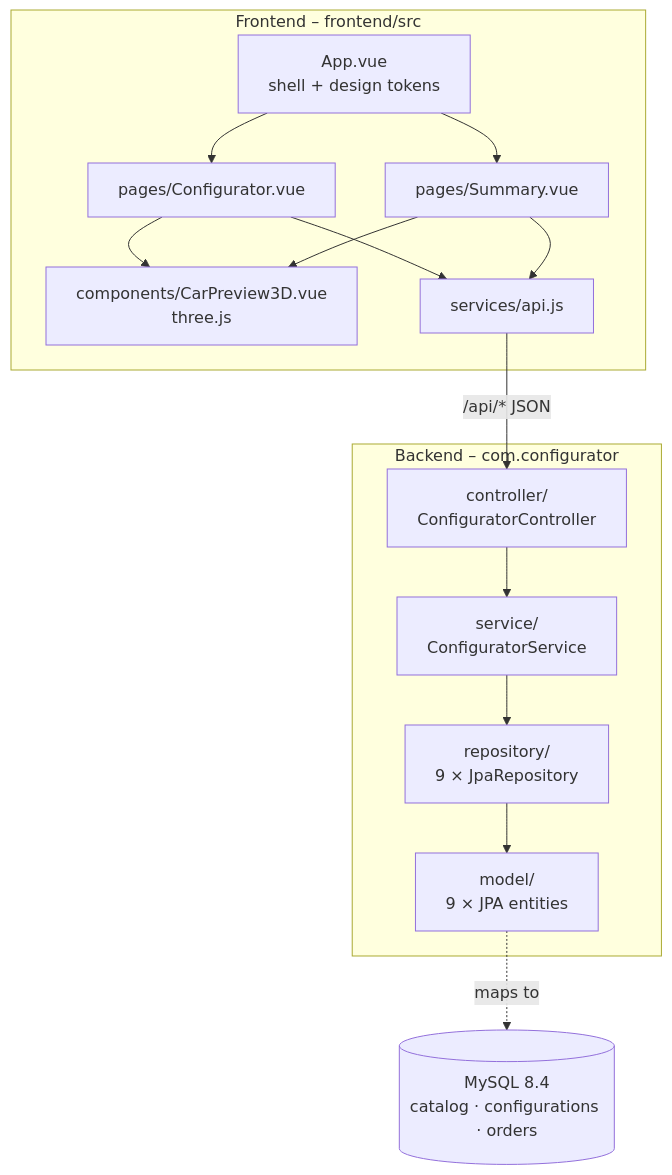
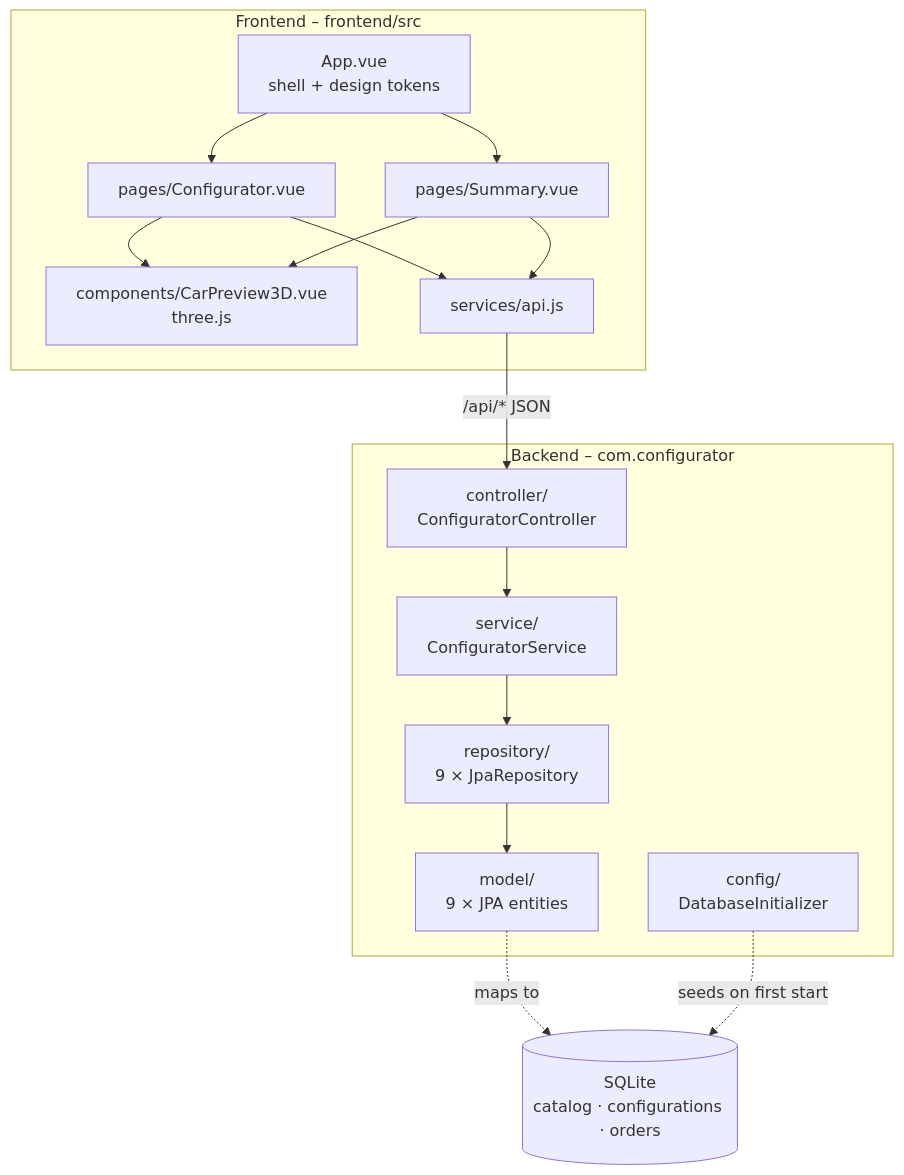
The third of 7 diagrams in ARCHITECTURE.md (fbrase799/vehicle_configurator), drawn with Mermaid before and after one commit. The commit also changed other lines of this file and 49 other files, not shown here.

````diff
--- a/ARCHITECTURE.md
+++ b/ARCHITECTURE.md
@@ -62,32 +63,34 @@
 ```mermaid
 flowchart TB
     subgraph fe[Frontend – frontend/src]
         app[App.vue<br/>shell + design tokens]
         cfg[pages/Configurator.vue]
         sum[pages/Summary.vue]
         p3d[components/CarPreview3D.vue<br/>three.js]
         api[services/api.js]
     end
 
     subgraph be[Backend – com.configurator]
         ctrl[controller/<br/>ConfiguratorController]
         svc[service/<br/>ConfiguratorService]
         repo[repository/<br/>9 × JpaRepository]
         model[model/<br/>9 × JPA entities]
+        init[config/<br/>DatabaseInitializer]
     end
 
-    db[("MySQL 8.4<br/>catalog · configurations · orders")]
+    db[("SQLite<br/>catalog · configurations · orders")]
 
     app --> cfg
     app --> sum
     cfg --> p3d
     sum --> p3d
     cfg --> api
     sum --> api
 
     api -->|"/api/* JSON"| ctrl
     ctrl --> svc
     svc --> repo
     repo --> model
     model -. maps to .-> db
+    init -. seeds on first start .-> db
 ```
````
